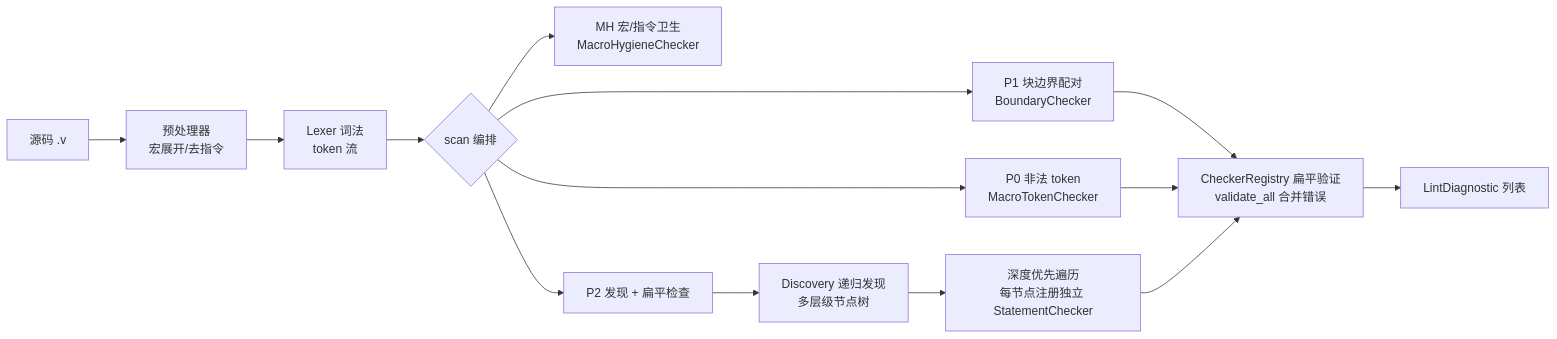
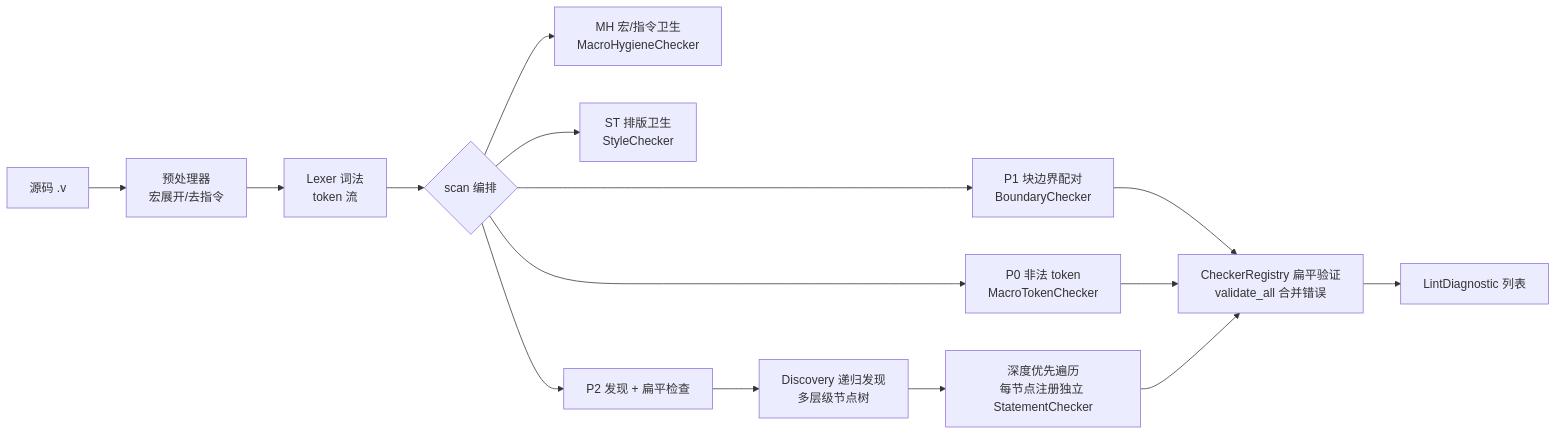
The first of 5 diagrams in linter/linter_architecture.md (DogStraight/trans-paradigm-compiler), drawn with Mermaid before and after one commit. The commit also changed other lines of this file and 16 other files, not shown here.

````diff
--- a/linter/linter_architecture.md
+++ b/linter/linter_architecture.md
@@ -24,16 +24,17 @@
 ```mermaid
 flowchart LR
     A[源码 .v] --> B["预处理器<br/>宏展开/去指令"]
     B --> C[Lexer 词法<br/>token 流]
     C --> D{scan 编排}
     D --> E[P1 块边界配对<br/>BoundaryChecker]
     D --> F[P0 非法 token<br/>MacroTokenChecker]
     D --> M[MH 宏/指令卫生<br/>MacroHygieneChecker]
+    D --> N[ST 排版卫生<br/>StyleChecker]
     D --> G[P2 发现 + 扁平检查]
     G --> H[Discovery 递归发现<br/>多层级节点树]
     H --> I[深度优先遍历<br/>每节点注册独立 StatementChecker]
     E --> J[CheckerRegistry 扁平验证<br/>validate_all 合并错误]
     F --> J
     I --> J
     J --> K[LintDiagnostic 列表]
 ```
````
